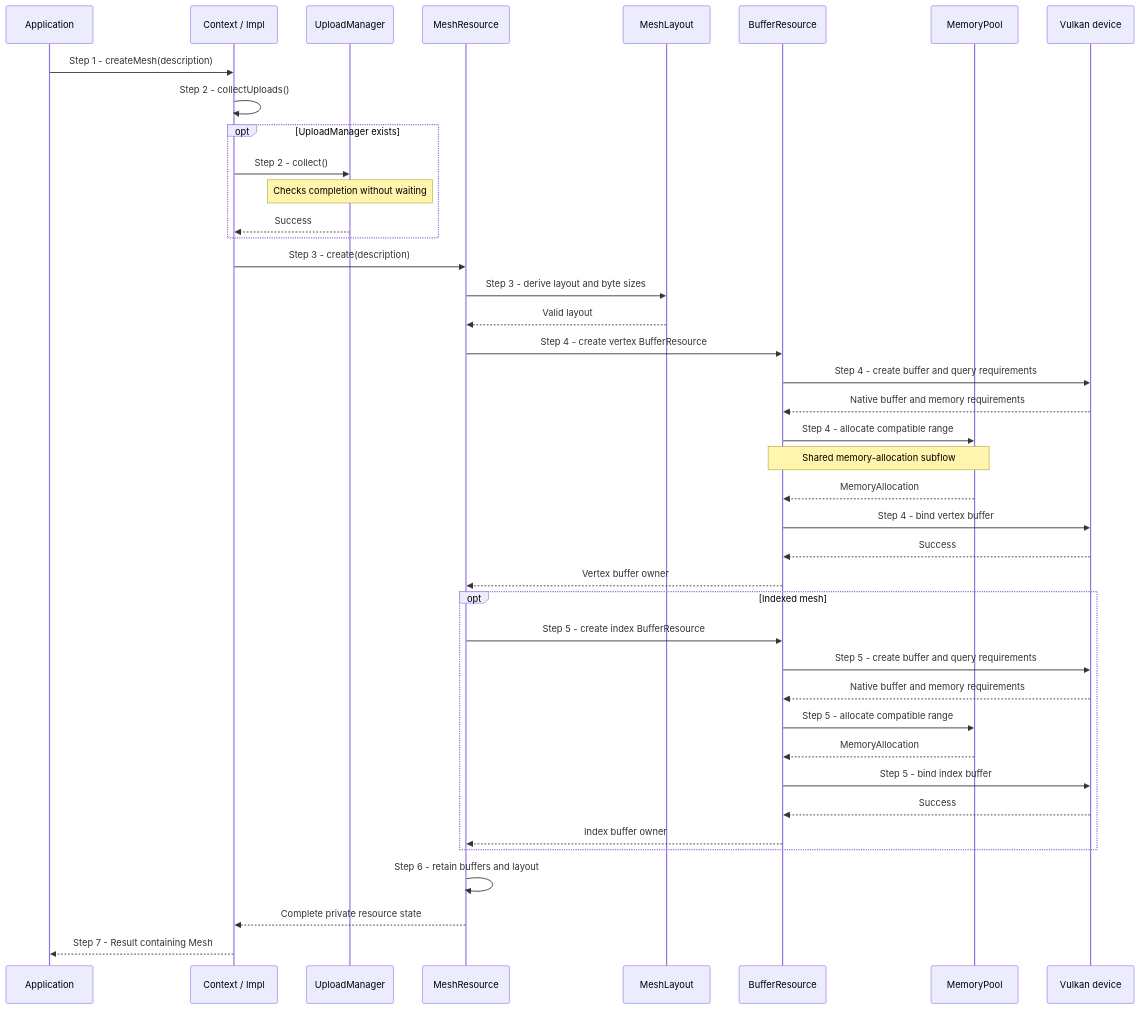
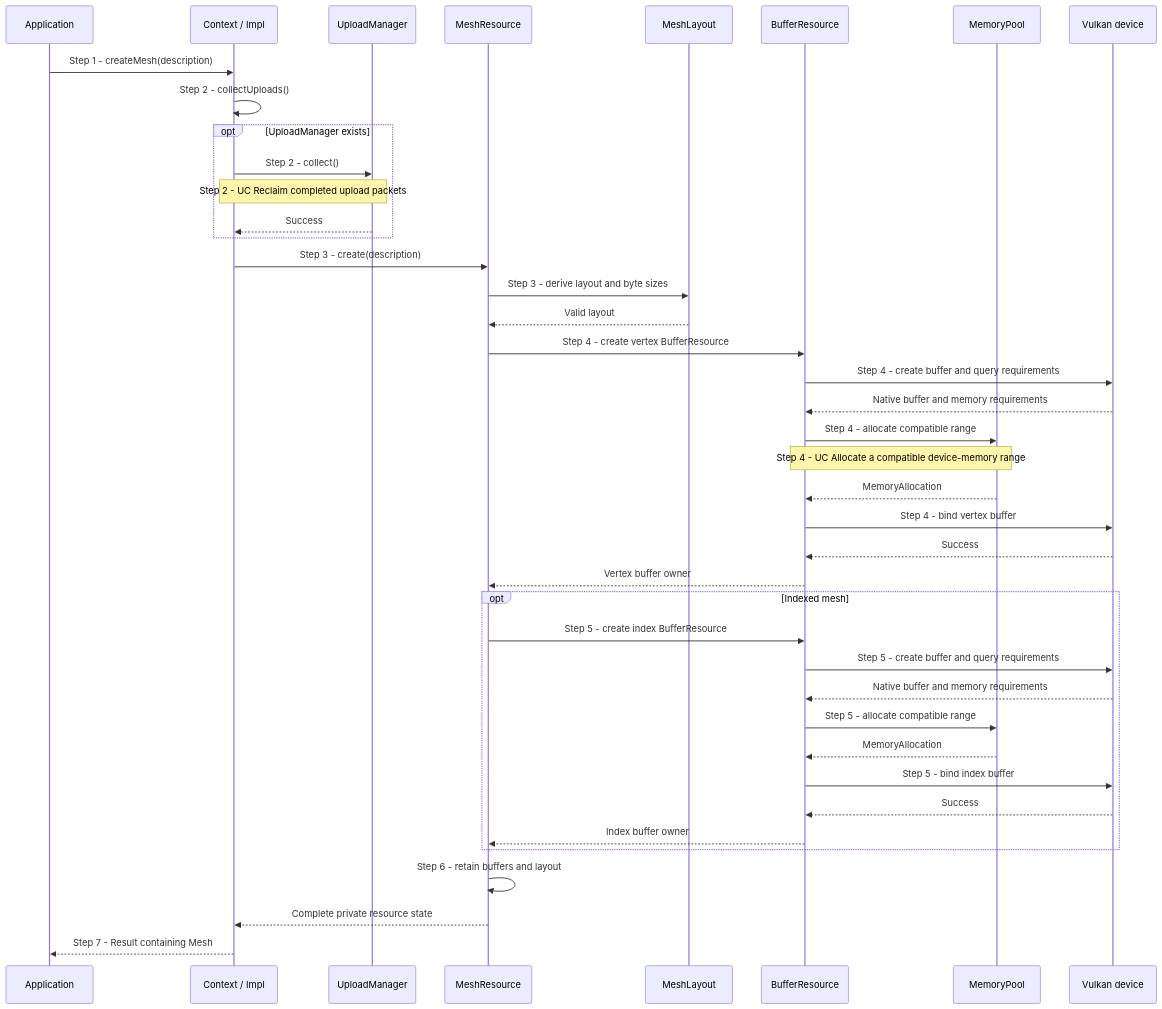
Before and after one commit to a-soltysik/Panda: the first of 2 diagrams in docs/use-cases/create-mesh.md, drawn with Mermaid. The commit also changed other lines of this file and 23 other files, not shown here.

Commit message:
Align use-case references and document shared upload flows (#82)

````diff
--- a/docs/use-cases/create-mesh.md
+++ b/docs/use-cases/create-mesh.md
@@ -57,43 +55,43 @@
 ```mermaid
 sequenceDiagram
     participant A as Application
     participant C as Context / Impl
     participant U as UploadManager
     participant M as MeshResource
     participant L as MeshLayout
     participant B as BufferResource
     participant P as MemoryPool
     participant V as Vulkan device
     A ->> C: Step 1 - createMesh(description)
     C ->> C: Step 2 - collectUploads()
     opt UploadManager exists
         C ->> U: Step 2 - collect()
-        Note over U: Checks completion without waiting
+        Note over C,U: Step 2 - UC Reclaim completed upload packets
         U -->> C: Success
     end
     C ->> M: Step 3 - create(description)
     M ->> L: Step 3 - derive layout and byte sizes
     L -->> M: Valid layout
     M ->> B: Step 4 - create vertex BufferResource
     B ->> V: Step 4 - create buffer and query requirements
     V -->> B: Native buffer and memory requirements
     B ->> P: Step 4 - allocate compatible range
-    Note over B,P: Shared memory-allocation subflow
+    Note over B,P: Step 4 - UC Allocate a compatible device-memory range
     P -->> B: MemoryAllocation
     B ->> V: Step 4 - bind vertex buffer
     V -->> B: Success
     B -->> M: Vertex buffer owner
     opt Indexed mesh
         M ->> B: Step 5 - create index BufferResource
         B ->> V: Step 5 - create buffer and query requirements
         V -->> B: Native buffer and memory requirements
         B ->> P: Step 5 - allocate compatible range
         P -->> B: MemoryAllocation
         B ->> V: Step 5 - bind index buffer
         V -->> B: Success
         B -->> M: Index buffer owner
     end
     M ->> M: Step 6 - retain buffers and layout
     M -->> C: Complete private resource state
     C -->> A: Step 7 - Result containing Mesh
 ```
````
